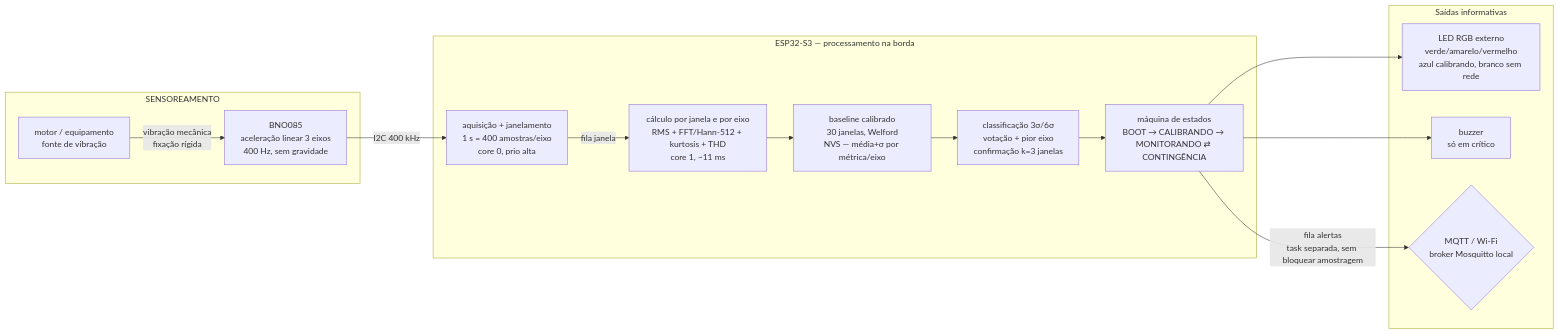
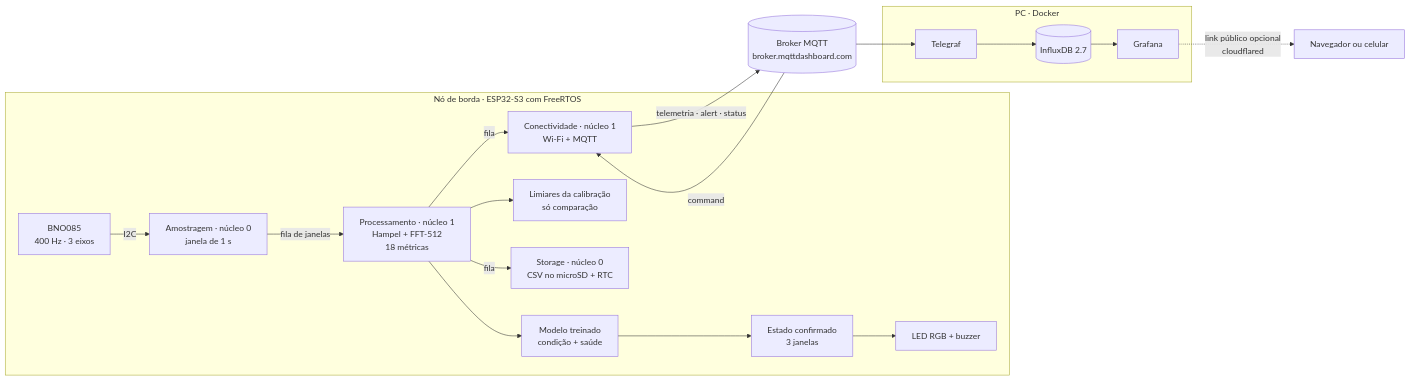
Before and after one commit to jhonatan-goncalves-pereira/pulsopnaat: the first of 2 diagrams in README.md, drawn with Mermaid. The commit also changed other lines of this file and 2 other files, not shown here.

````diff
--- a/README.md
+++ b/README.md
@@ -74,26 +112,20 @@
 ```mermaid
 flowchart LR
-    subgraph SENSOREAMENTO
-        M[motor / equipamento<br/>fonte de vibração]
-        S[BNO085<br/>aceleração linear 3 eixos<br/>400 Hz, sem gravidade]
-        M -->|vibração mecânica<br/>fixação rígida| S
+    subgraph NO["Nó de borda · ESP32-S3 com FreeRTOS"]
+        S["BNO085<br/>400 Hz · 3 eixos"] -->|I2C| A["Amostragem · núcleo 0<br/>janela de 1 s"]
+        A -->|fila de janelas| P["Processamento · núcleo 1<br/>Hampel + FFT-512<br/>18 métricas"]
+        P --> M["Modelo treinado<br/>condição + saúde"]
+        P --> L["Limiares da calibração<br/>só comparação"]
+        M --> E["Estado confirmado<br/>3 janelas"]
+        E --> SIN["LED RGB + buzzer"]
+        P -->|fila| SD["Storage · núcleo 0<br/>CSV no microSD + RTC"]
+        P -->|fila| C["Conectividade · núcleo 1<br/>Wi-Fi + MQTT"]
     end
-    subgraph PROCESSAMENTO_BORDA[ESP32-S3 — processamento na borda]
-        AQ[aquisição + janelamento<br/>1 s = 400 amostras/eixo<br/>core 0, prio alta]
-        DSP[cálculo por janela e por eixo<br/>RMS + FFT/Hann-512 + kurtosis + THD<br/>core 1, ~11 ms]
-        BL[baseline calibrado<br/>30 janelas, Welford<br/>NVS — média+σ por métrica/eixo]
-        CL[classificação 3σ/6σ<br/>votação + pior eixo<br/>confirmação k=3 janelas]
-        SM[máquina de estados<br/>BOOT → CALIBRANDO → MONITORANDO ⇄ CONTINGÊNCIA]
-        S -->|I2C 400 kHz| AQ -->|fila janela| DSP
-        DSP --> BL
-        BL --> CL --> SM
+    C -->|"telemetria · alert · status"| B[("Broker MQTT<br/>broker.mqttdashboard.com")]
+    B -->|command| C
+    subgraph PC["PC · Docker"]
+        T["Telegraf"] --> I[("InfluxDB 2.7")] --> G["Grafana"]
     end
-    subgraph SAIDAS[Saídas informativas]
-        LED[LED RGB externo<br/>verde/amarelo/vermelho<br/>azul calibrando, branco sem rede]
-        BZ[buzzer<br/>só em crítico]
-        MQ{MQTT / Wi-Fi<br/>broker Mosquitto local}
-        SM --> LED
-        SM --> BZ
-        SM -->|fila alertas<br/>task separada, sem bloquear amostragem| MQ
-    end
+    B --> T
+    G -.->|"link público opcional<br/>cloudflared"| U["Navegador ou celular"]
 ```
````
